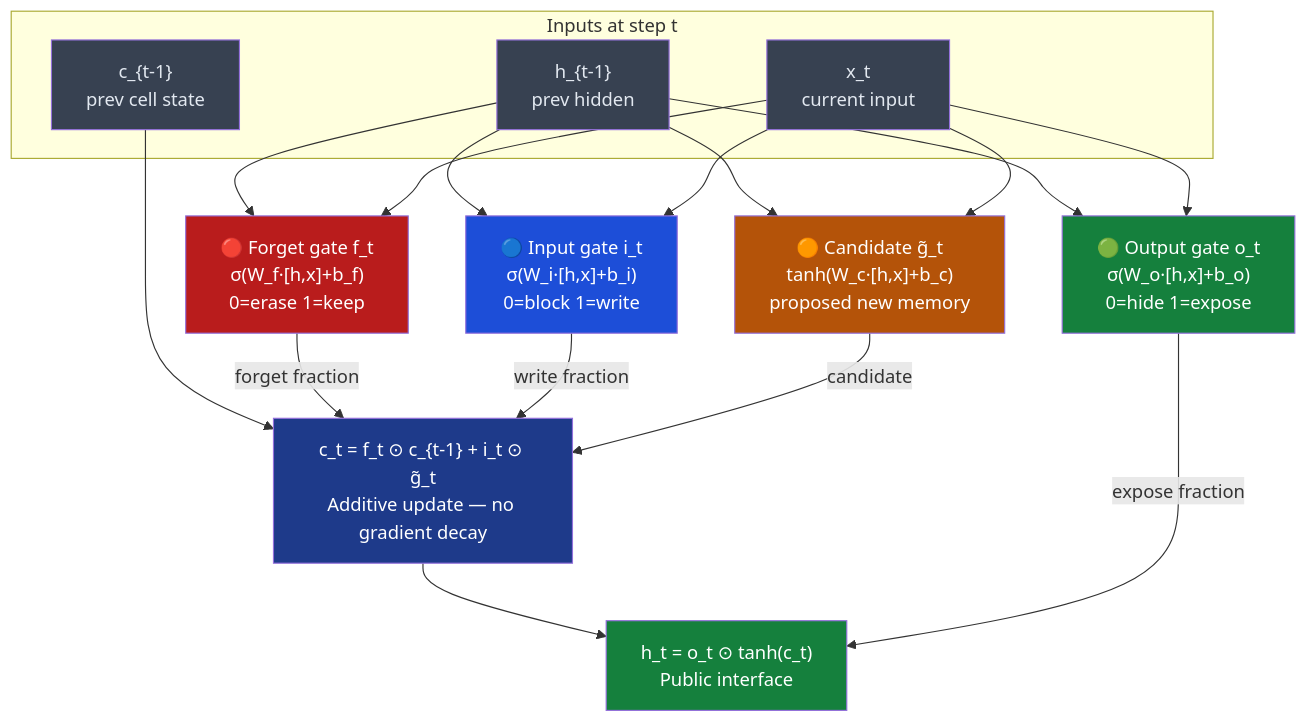
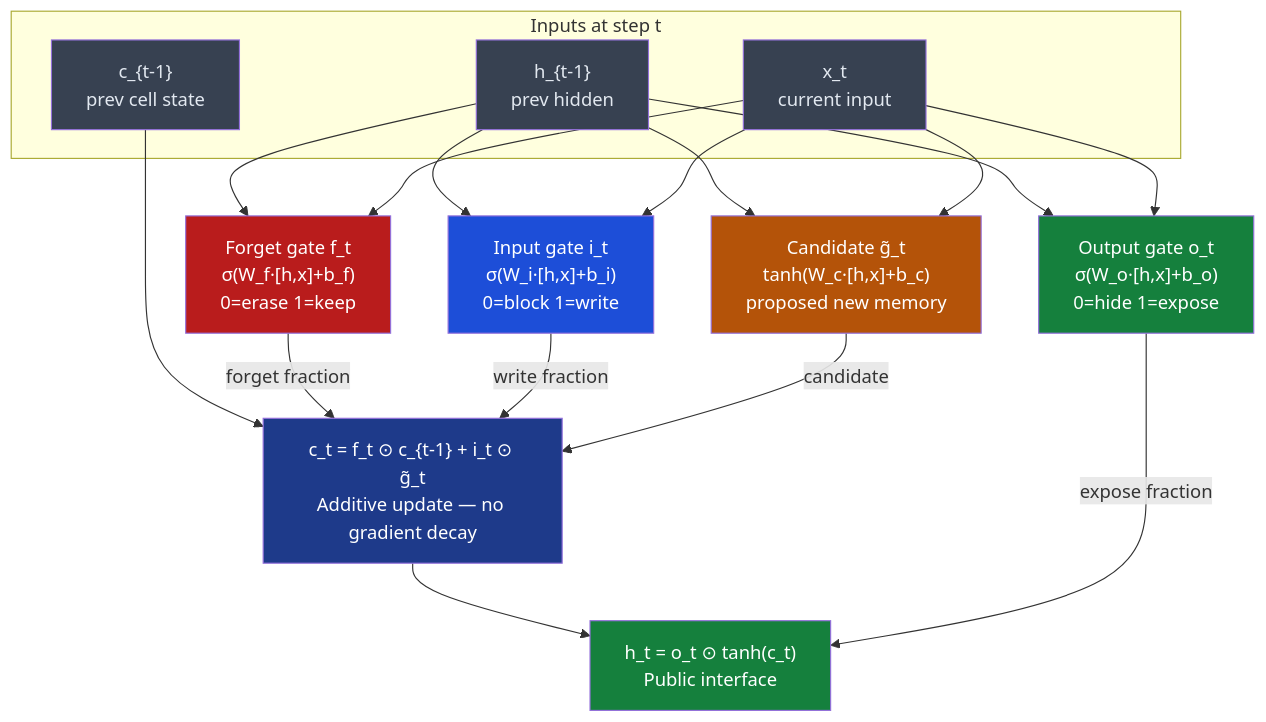
Before and after one commit to dsgouda7/ai-portfolio: the second of 4 diagrams in notes/01-ml/03-neural-networks/ch06_rnns_lstms/README.md, drawn with Mermaid. The commit also changed other lines of this file and 391 other files, not shown here.

````diff
--- a/notes/01-ml/03-neural-networks/ch06_rnns_lstms/README.md
+++ b/notes/01-ml/03-neural-networks/ch06_rnns_lstms/README.md
@@ -330,35 +330,35 @@
 ```mermaid
 flowchart TD
  subgraph In["Inputs at step t"]
  HP["h_{t-1}\nprev hidden"]
  XT["x_t\ncurrent input"]
  CP["c_{t-1}\nprev cell state"]
  end
 
- FG["🔴 Forget gate f_t\nσ(W_f·[h,x]+b_f)\n0=erase 1=keep"]
- IG["🔵 Input gate i_t\nσ(W_i·[h,x]+b_i)\n0=block 1=write"]
- GG["🟠 Candidate g̃_t\ntanh(W_c·[h,x]+b_c)\nproposed new memory"]
- OG["🟢 Output gate o_t\nσ(W_o·[h,x]+b_o)\n0=hide 1=expose"]
+ FG[" Forget gate f_t\nσ(W_f·[h,x]+b_f)\n0=erase 1=keep"]
+ IG[" Input gate i_t\nσ(W_i·[h,x]+b_i)\n0=block 1=write"]
+ GG[" Candidate g̃_t\ntanh(W_c·[h,x]+b_c)\nproposed new memory"]
+ OG[" Output gate o_t\nσ(W_o·[h,x]+b_o)\n0=hide 1=expose"]
 
  CT["c_t = f_t ⊙ c_{t-1} + i_t ⊙ g̃_t\nAdditive update — no gradient decay"]
  HT["h_t = o_t ⊙ tanh(c_t)\nPublic interface"]
 
  HP --> FG & IG & GG & OG
  XT --> FG & IG & GG & OG
  CP --> CT
  FG -->|forget fraction| CT
  IG -->|write fraction| CT
  GG -->|candidate| CT
  CT --> HT
  OG -->|expose fraction| HT
 
  style FG fill:#b91c1c,color:#fff
  style IG fill:#1d4ed8,color:#fff
  style GG fill:#b45309,color:#fff
  style OG fill:#15803d,color:#fff
  style CT fill:#1e3a8a,color:#fff
  style HT fill:#15803d,color:#fff
  style CP fill:#374151,color:#e2e8f0
  style HP fill:#374151,color:#e2e8f0
  style XT fill:#374151,color:#e2e8f0
 ```
````
